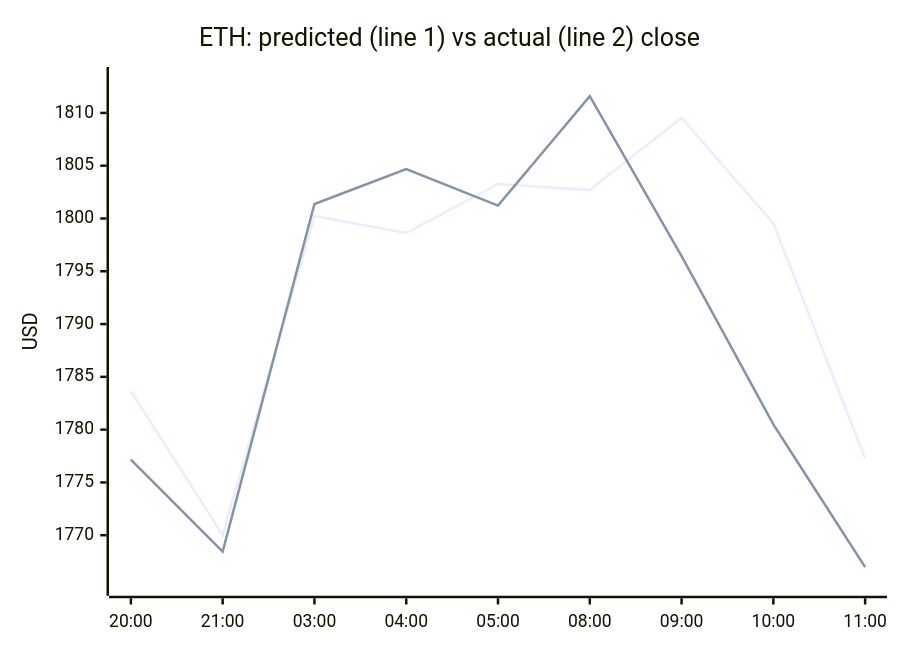
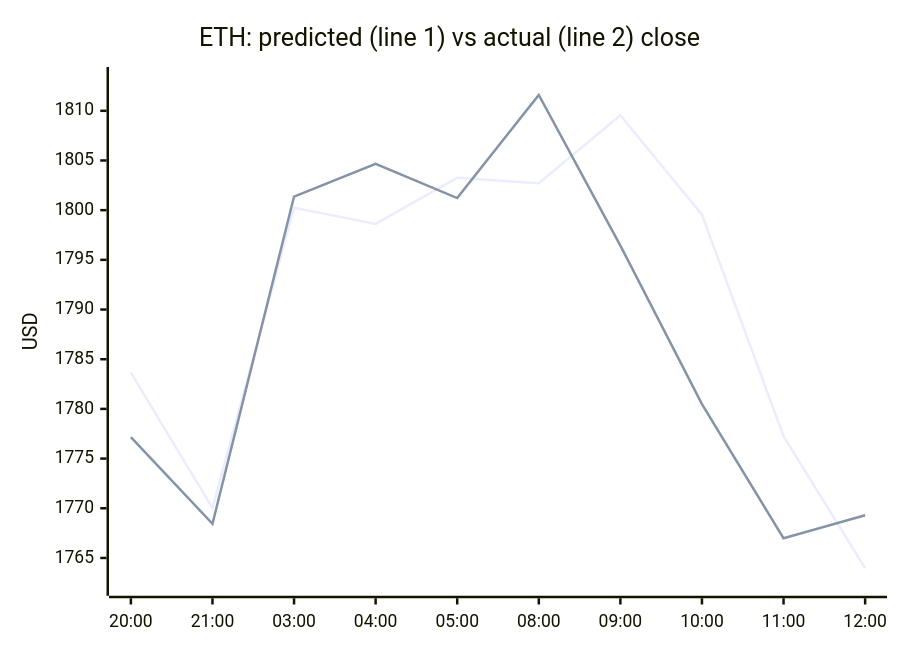
One commit to samuelkreitl-wq/crypto-hourly-forecaster changed the second of 4 diagrams in README.md. Above: the diagram before and after it, drawn with Mermaid. The commit also changed other lines of this file and 14 other files, not shown here.

````diff
--- a/README.md
+++ b/README.md
@@ -47,8 +47,8 @@
 ```mermaid
 xychart-beta
     title "ETH: predicted (line 1) vs actual (line 2) close"
-    x-axis ["20:00", "21:00", "03:00", "04:00", "05:00", "08:00", "09:00", "10:00", "11:00"]
-    y-axis "USD" 1765.2130 --> 1813.4016
-    line [1783.6536, 1770.0216, 1800.2369, 1798.6210, 1803.2721, 1802.7104, 1809.5477, 1799.5438, 1777.2612]
-    line [1777.1700, 1768.4400, 1801.3700, 1804.6700, 1801.2200, 1811.5900, 1796.4400, 1780.4900, 1766.9800]
+    x-axis ["20:00", "21:00", "03:00", "04:00", "05:00", "08:00", "09:00", "10:00", "11:00", "12:00"]
+    y-axis "USD" 1762.2030 --> 1813.4016
+    line [1783.6536, 1770.0216, 1800.2369, 1798.6210, 1803.2721, 1802.7104, 1809.5477, 1799.5438, 1777.2612, 1763.9669]
+    line [1777.1700, 1768.4400, 1801.3700, 1804.6700, 1801.2200, 1811.5900, 1796.4400, 1780.4900, 1766.9800, 1769.3000]
 ```
````
